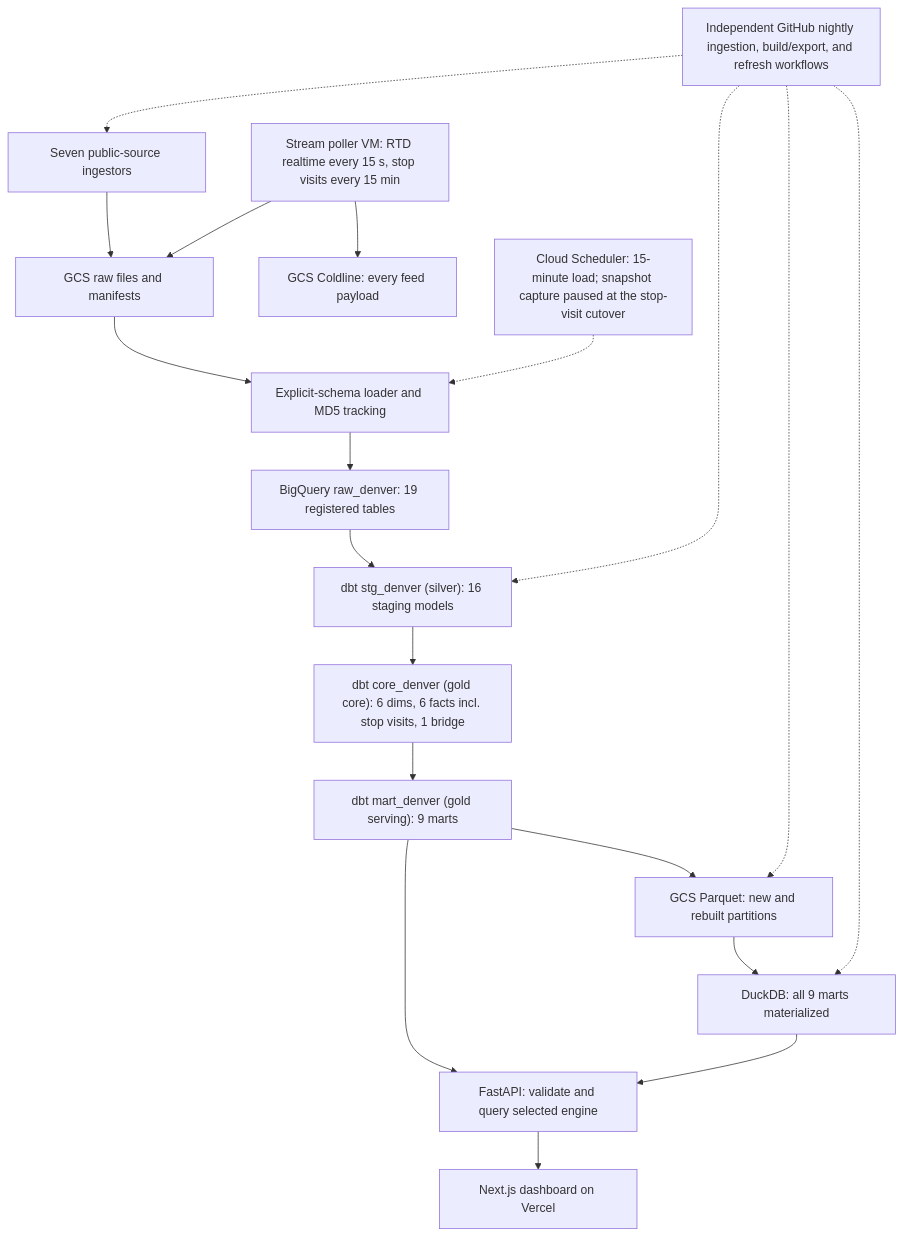
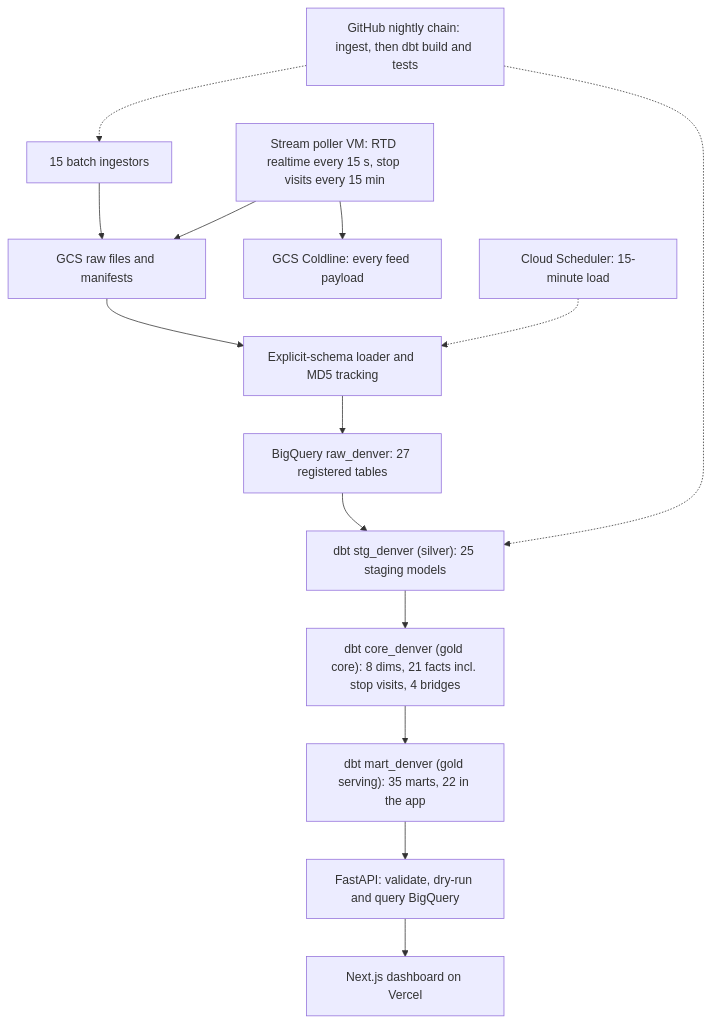
Before and after one commit to medsidd/whyline-denver: the diagram in docs/diagrams/pipeline.mmd, drawn with Mermaid. The commit also changed 65 other files, not shown here.

First line of the commit message:
Remove DuckDB from the app; every query runs on BigQuery

```diff
--- a/docs/diagrams/pipeline.mmd
+++ b/docs/diagrams/pipeline.mmd
@@ -1,21 +1,16 @@
 flowchart TB
   accTitle: WhyLine Denver processing and serving
-  accDescr: Public sources flow into GCS and BigQuery, through dbt and Parquet into DuckDB, then FastAPI and Next.js.
-  sources["Seven public-source ingestors"] --> raw["GCS raw files and manifests"]
+  accDescr: Public sources flow into GCS and BigQuery, through dbt, then FastAPI and Next.js.
+  sources["15 batch ingestors"] --> raw["GCS raw files and manifests"]
   stream["Stream poller VM: RTD realtime every 15 s, stop visits every 15 min"] --> raw
   stream --> archive["GCS Coldline: every feed payload"]
   raw --> loader["Explicit-schema loader and MD5 tracking"]
-  loader --> bronze["BigQuery raw_denver: 19 registered tables"]
-  bronze --> silver["dbt stg_denver (silver): 16 staging models"]
-  silver --> core["dbt core_denver (gold core): 6 dims, 6 facts incl. stop visits, 1 bridge"]
-  core --> gold["dbt mart_denver (gold serving): 9 marts"]
-  gold --> exports["GCS Parquet: new and rebuilt partitions"]
-  exports --> duck["DuckDB: all 9 marts materialized"]
-  gold --> api["FastAPI: validate and query selected engine"]
-  duck --> api
+  loader --> bronze["BigQuery raw_denver: 27 registered tables"]
+  bronze --> silver["dbt stg_denver (silver): 25 staging models"]
+  silver --> core["dbt core_denver (gold core): 8 dims, 21 facts incl. stop visits, 4 bridges"]
+  core --> gold["dbt mart_denver (gold serving): 35 marts, 22 in the app"]
+  gold --> api["FastAPI: validate, dry-run and query BigQuery"]
   api --> web["Next.js dashboard on Vercel"]
-  scheduler["Cloud Scheduler: 15-minute load; snapshot capture paused at the stop-visit cutover"] -.-> loader
-  nightly["Independent GitHub nightly ingestion, build/export, and refresh workflows"] -.-> sources
+  scheduler["Cloud Scheduler: 15-minute load"] -.-> loader
+  nightly["GitHub nightly chain: ingest, then dbt build and tests"] -.-> sources
   nightly -.-> silver
-  nightly -.-> exports
-  nightly -.-> duck
```
